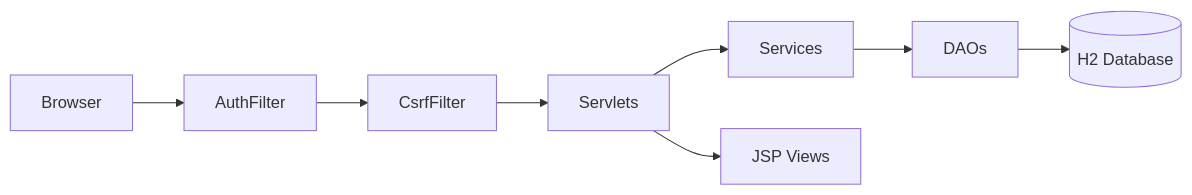
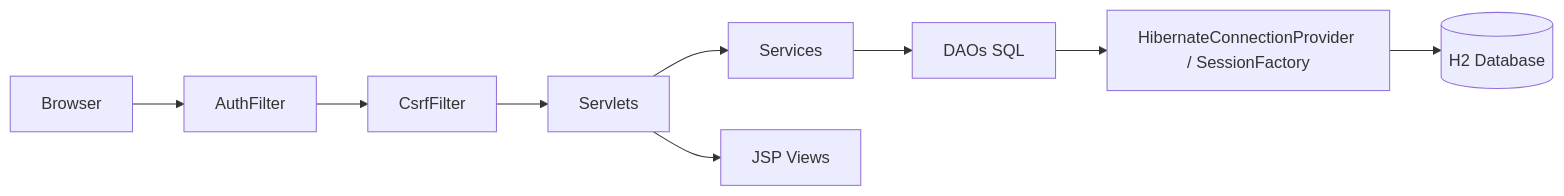
Before and after one commit to KrystianYCSilva/min-java6-webapp: the diagram in docs/ARCHITECTURE.md, drawn with Mermaid. The commit also changed other lines of this file and 26 other files, not shown here.

````diff
--- a/docs/ARCHITECTURE.md
+++ b/docs/ARCHITECTURE.md
@@ -25,10 +25,11 @@
 ```mermaid
 flowchart LR
     A[Browser] --> B[AuthFilter]
     B --> C[CsrfFilter]
     C --> D[Servlets]
     D --> E[Services]
-    E --> F[DAOs]
-    F --> G[(H2 Database)]
+    E --> F[DAOs SQL]
+    F --> I[HibernateConnectionProvider / SessionFactory]
+    I --> G[(H2 Database)]
     D --> H[JSP Views]
 ```
````
